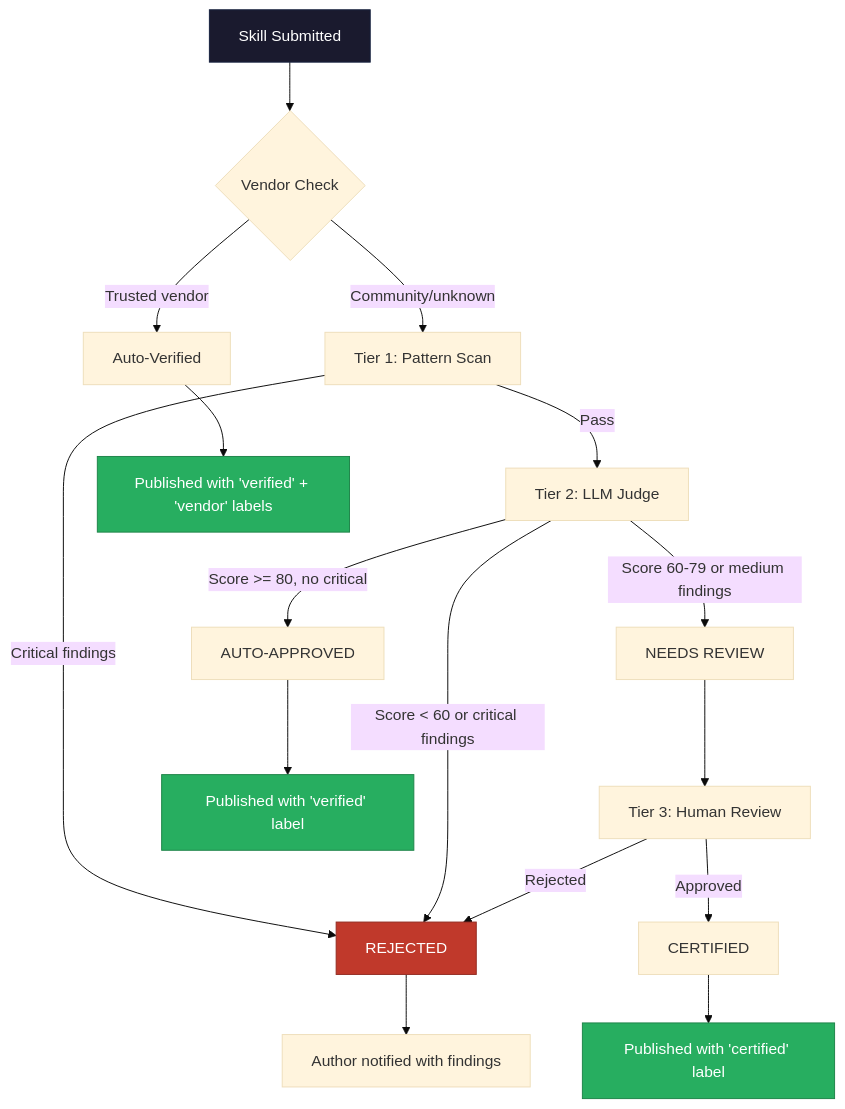
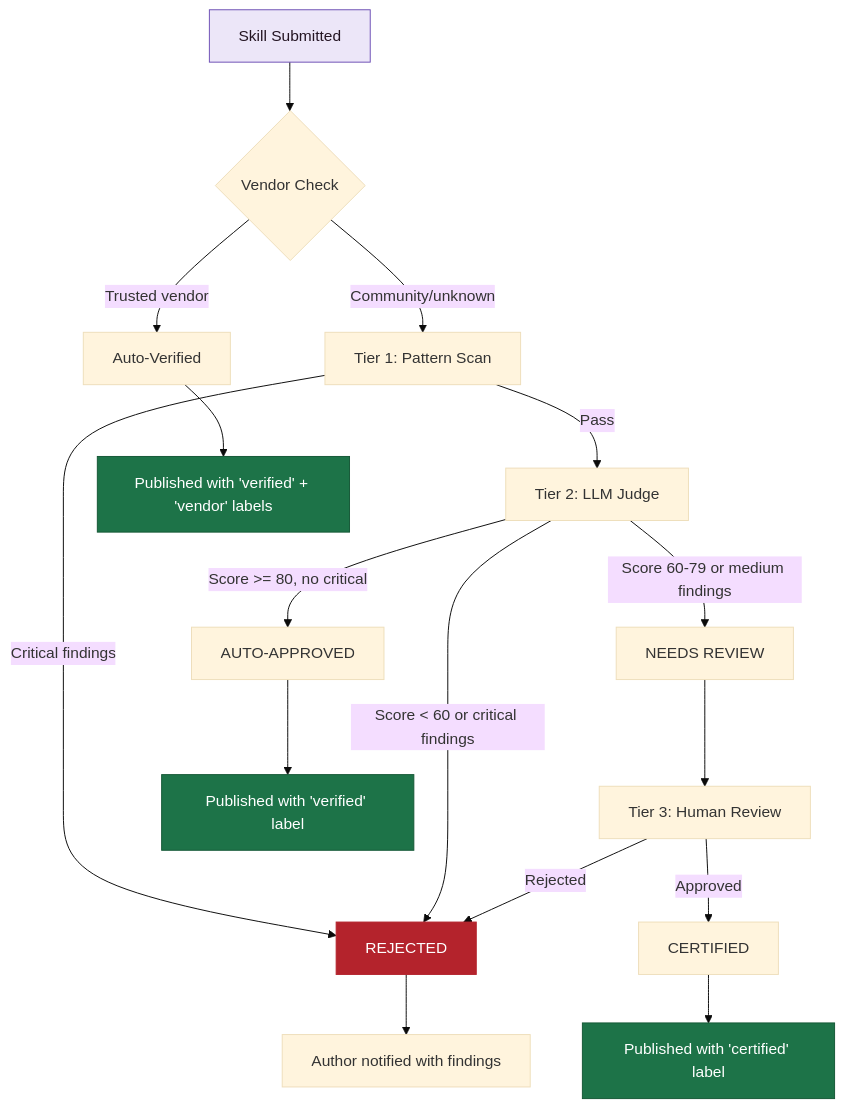
One commit to anton-abyzov/specweave changed the diagram in docs-site/docs/skills/verified/secure-skill-factory-standard.md. Above: the diagram before and after it, drawn with Mermaid (base theme). The commit also changed 12 other files, not shown here.

````diff
--- a/docs-site/docs/skills/verified/secure-skill-factory-standard.md
+++ b/docs-site/docs/skills/verified/secure-skill-factory-standard.md
@@ -403,28 +403,28 @@
 ```mermaid
 flowchart TD
     A[Skill Submitted] --> B{Vendor Check}
     B -->|Trusted vendor| C[Auto-Verified]
     B -->|Community/unknown| D[Tier 1: Pattern Scan]
 
     D -->|Critical findings| E[REJECTED]
     D -->|Pass| F[Tier 2: LLM Judge]
 
     F -->|Score >= 80, no critical| G[AUTO-APPROVED]
     F -->|Score 60-79 or medium findings| H[NEEDS REVIEW]
     F -->|Score < 60 or critical findings| E
 
     H --> I[Tier 3: Human Review]
     I -->|Approved| J[CERTIFIED]
     I -->|Rejected| E
 
     C --> K[Published with 'verified' + 'vendor' labels]
     G --> L[Published with 'verified' label]
     J --> M[Published with 'certified' label]
     E --> N[Author notified with findings]
 
-    style A fill:#1a1a2e,color:#fff,stroke:#16213e
-    style E fill:#c0392b,color:#fff,stroke:#922b21
-    style K fill:#27ae60,color:#fff,stroke:#1e8449
-    style L fill:#27ae60,color:#fff,stroke:#1e8449
-    style M fill:#27ae60,color:#fff,stroke:#1e8449
+    style A fill:#ece6f8,color:#241523,stroke:#6d4fb5
+    style E fill:#b4232c,color:#fff,stroke:#b4232c
+    style K fill:#1d7348,color:#fff,stroke:#155836
+    style L fill:#1d7348,color:#fff,stroke:#155836
+    style M fill:#1d7348,color:#fff,stroke:#155836
 ```
````
